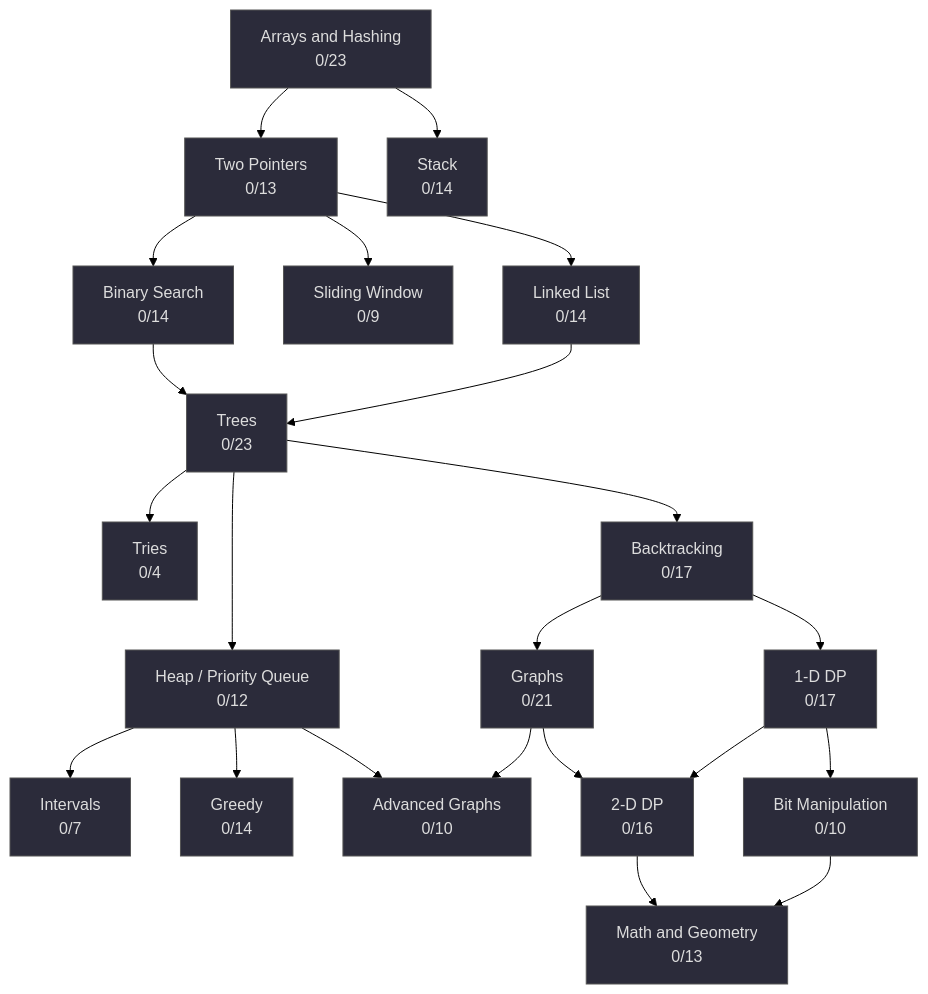
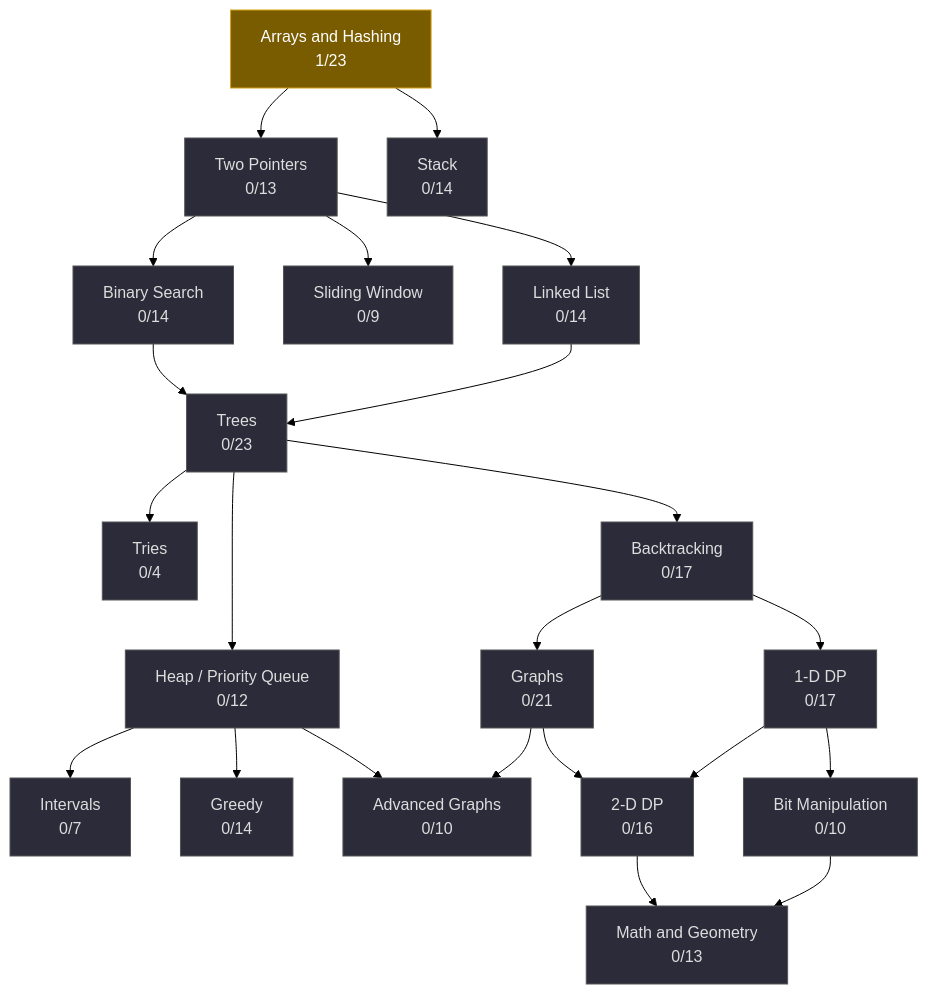
One commit to DevsLuca/Studies changed the diagram in LeetCode/README.md. Above: the diagram before and after it, drawn with Mermaid (forest theme). The commit also changed other lines of this file, not shown here.

````diff
--- a/LeetCode/README.md
+++ b/LeetCode/README.md
@@ -6,47 +6,47 @@
 ```mermaid
 graph TD
-  AH["Arrays and Hashing<br/>0/23"]:::todo
+  AH["Arrays and Hashing<br/>1/23"]:::doing
   TP["Two Pointers<br/>0/13"]:::todo
   SW["Sliding Window<br/>0/9"]:::todo
   ST["Stack<br/>0/14"]:::todo
   BS["Binary Search<br/>0/14"]:::todo
   LL["Linked List<br/>0/14"]:::todo
   TR["Trees<br/>0/23"]:::todo
   HP["Heap / Priority Queue<br/>0/12"]:::todo
   BT["Backtracking<br/>0/17"]:::todo
   TRI["Tries<br/>0/4"]:::todo
   GP["Graphs<br/>0/21"]:::todo
   AG["Advanced Graphs<br/>0/10"]:::todo
   DP1["1-D DP<br/>0/17"]:::todo
   DP2["2-D DP<br/>0/16"]:::todo
   GR["Greedy<br/>0/14"]:::todo
   IN["Intervals<br/>0/7"]:::todo
   MG["Math and Geometry<br/>0/13"]:::todo
   BM["Bit Manipulation<br/>0/10"]:::todo
 
   AH --> TP
   AH --> ST
   TP --> BS
   TP --> SW
   TP --> LL
   BS --> TR
   LL --> TR
   TR --> TRI
   TR --> HP
   TR --> BT
   HP --> IN
   HP --> GR
   HP --> AG
   BT --> GP
   BT --> DP1
   GP --> AG
   GP --> DP2
   DP1 --> DP2
   DP1 --> BM
   DP2 --> MG
   BM --> MG
 
   classDef todo fill:#2b2b3a,stroke:#555,color:#ddd
   classDef doing fill:#7a5c00,stroke:#d4a017,color:#fff
   classDef done fill:#14532d,stroke:#22c55e,color:#fff
 ```
````
